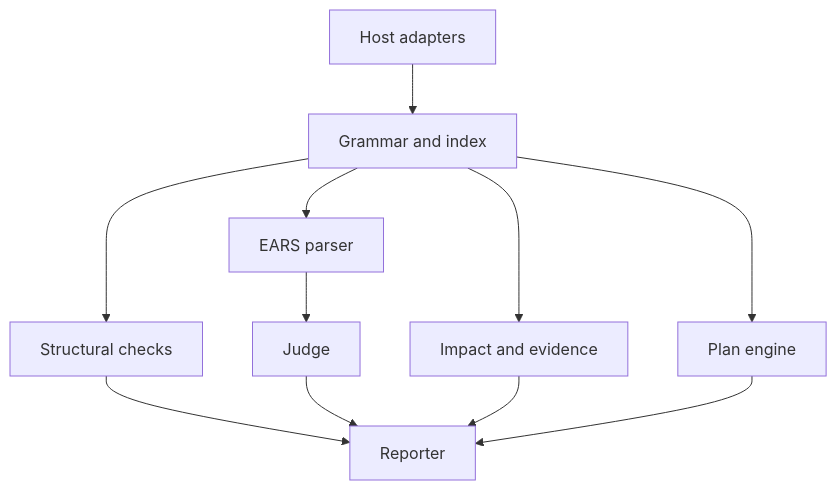
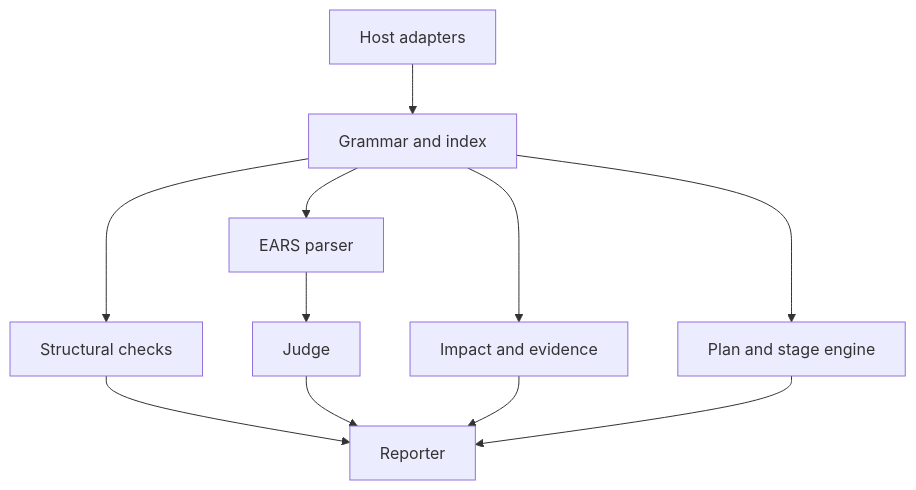
Before and after one commit to nullrul/earnest: the fourth of 5 diagrams in docs/design/01-logic-design.md, drawn with Mermaid. The commit also changed other lines of this file and 3 other files, not shown here.

````diff
--- a/docs/design/01-logic-design.md
+++ b/docs/design/01-logic-design.md
@@ -713,22 +852,22 @@
 ```mermaid
 flowchart TB
   adapters[Host adapters]
   grammar[Grammar and index]
   structural[Structural checks]
   ears[EARS parser]
-  plan[Plan engine]
+  plan[Plan and stage engine]
   impact[Impact and evidence]
   judge[Judge]
   reporter[Reporter]
 
   adapters --> grammar
   grammar --> structural
   grammar --> ears
   grammar --> plan
   grammar --> impact
   ears --> judge
   structural --> reporter
   judge --> reporter
   impact --> reporter
   plan --> reporter
 ```
````
